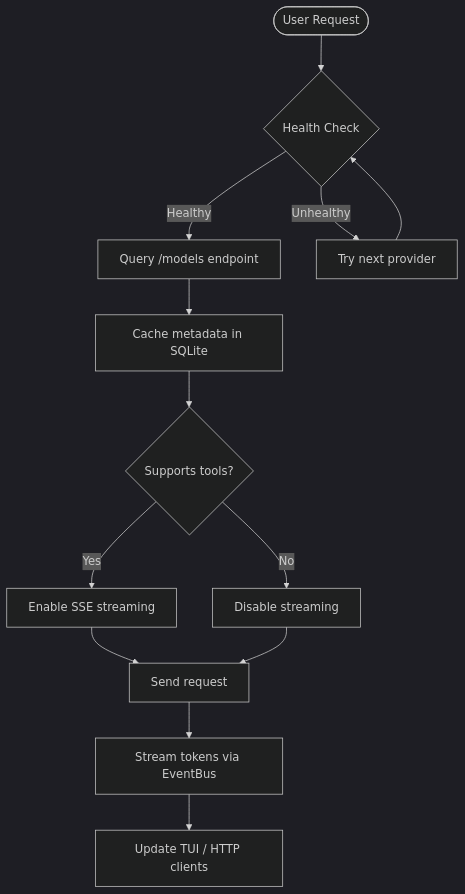
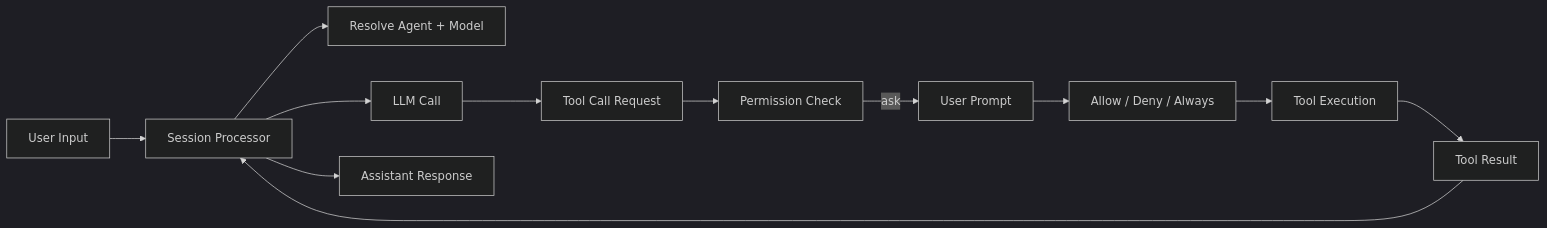
The fifth of 16 diagrams in SPEC.md (thawkins/ragent), drawn with Mermaid (dark theme) before and after one commit. The commit also changed other lines of this file and 91 other files, not shown here.

````diff
--- a/SPEC.md
+++ b/SPEC.md
@@ -852,15 +644,14 @@
 ```mermaid
-graph TD
-    Start([User Request]) --> Health{Health Check}
-    Health -- Healthy --> ModelDiscovery[Query /models endpoint]
-    Health -- Unhealthy --> Fallback[Try next provider]
-    ModelDiscovery --> CacheModel[Cache metadata in SQLite]
-    CacheModel --> Capabilities{Supports tools?}
-    Capabilities -- Yes --> Streaming[Enable SSE streaming]
-    Capabilities -- No --> NonStreaming[Disable streaming]
-    Streaming --> Execute[Send request]
-    NonStreaming --> Execute
-    Execute --> TokenStream[Stream tokens via EventBus]
-    TokenStream --> TUI_Update[Update TUI / HTTP clients]
-    Fallback --> Health
+graph LR
+    Input[User Input] --> SP[Session Processor]
+    SP --> Agent[Resolve Agent + Model]
+    SP --> LLM[LLM Call]
+    LLM --> ToolCall[Tool Call Request]
+    ToolCall --> Permission[Permission Check]
+    Permission -->|ask| UI[User Prompt]
+    UI --> Decision[Allow / Deny / Always]
+    Decision --> Execute[Tool Execution]
+    Execute --> Result[Tool Result]
+    Result --> SP
+    SP --> Output[Assistant Response]
 ```
````
